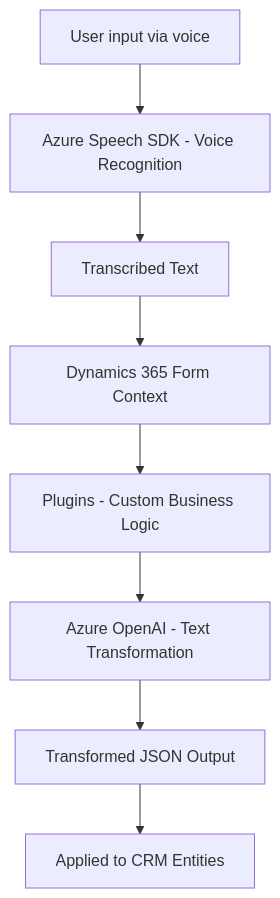
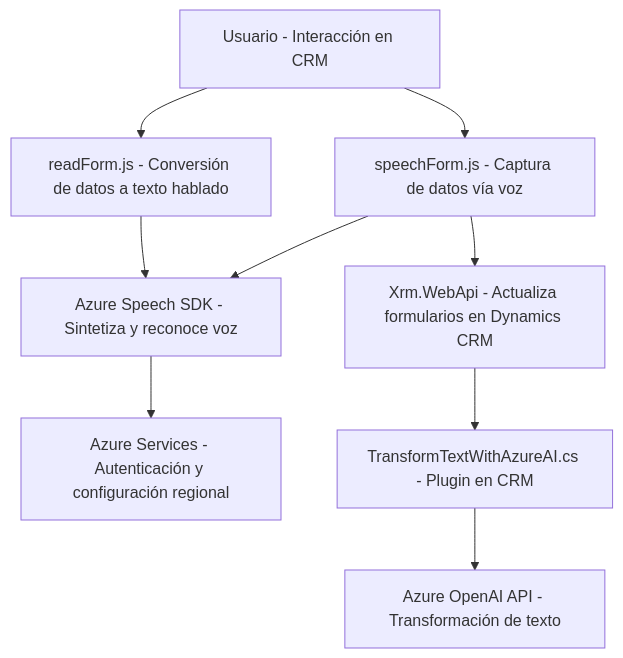
The diagram in README.md (blopezdm/NETCORE_BILBAO2025), drawn with Mermaid before and after one commit. The commit also changed other lines of this file, not shown here.

````diff
--- a/README.md
+++ b/README.md
@@ -42,10 +46,11 @@
 ```mermaid
 graph TD
-    A["User input via voice"] --> B["Azure Speech SDK - Voice Recognition"]
-    B --> C["Transcribed Text"]
-    C --> D["Dynamics 365 Form Context"]
-    D --> E["Plugins - Custom Business Logic"]
-    E --> F["Azure OpenAI - Text Transformation"]
-    F --> G["Transformed JSON Output"]
-    G --> H["Applied to CRM Entities"]
+    A["Usuario - Interacción en CRM"] --> B["readForm.js - Conversión de datos a texto hablado"]
+    A --> C["speechForm.js - Captura de datos vía voz"]
+    B --> D["Azure Speech SDK - Sintetiza y reconoce voz"]
+    C --> D
+    C --> E["Xrm.WebApi - Actualiza formularios en Dynamics CRM"]
+    E --> F["TransformTextWithAzureAI.cs - Plugin en CRM"]
+    F --> G["Azure OpenAI API - Transformación de texto"]
+    D --> H["Azure Services - Autenticación y configuración regional"]
 ```
````
